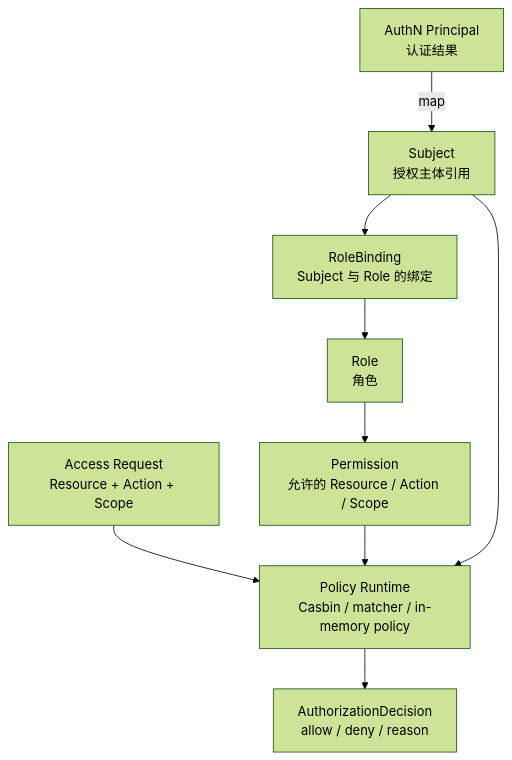
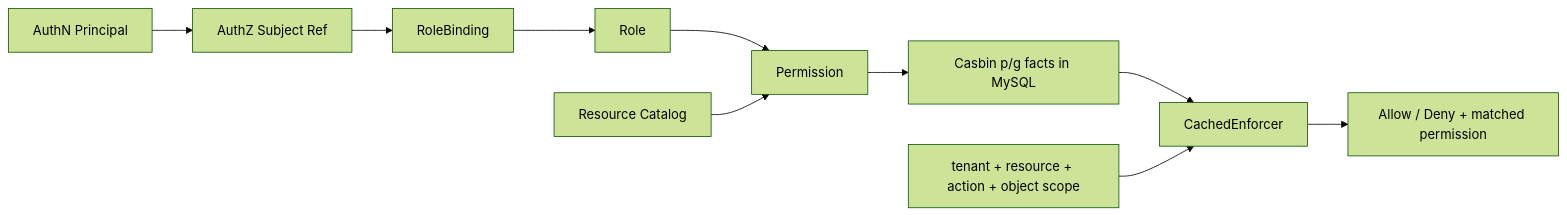
Before and after one commit to FangcunMount/iam: the diagram in docs/02-业务模块/03-AuthZ/00-模块总览.md, drawn with Mermaid (forest theme). The commit also changed other lines of this file and 126 other files, not shown here.

````diff
--- a/docs/02-业务模块/03-AuthZ/00-模块总览.md
+++ b/docs/02-业务模块/03-AuthZ/00-模块总览.md
@@ -88,20 +29,12 @@
 ```mermaid
-flowchart TD
-    Principal["AuthN Principal\n认证结果"]
-    Subject["Subject\n授权主体引用"]
-    RB["RoleBinding\nSubject 与 Role 的绑定"]
-    Role["Role\n角色"]
-    Permission["Permission\n允许的 Resource / Action / Scope"]
-    Request["Access Request\nResource + Action + Scope"]
-    Runtime["Policy Runtime\nCasbin / matcher / in-memory policy"]
-    Decision["AuthorizationDecision\nallow / deny / reason"]
-
-    Principal -->|map| Subject
-    Subject --> RB
-    RB --> Role
-    Role --> Permission
-    Request --> Runtime
-    Permission --> Runtime
-    Subject --> Runtime
-    Runtime --> Decision
+flowchart LR
+    Principal["AuthN Principal"] --> Subject["AuthZ Subject Ref"]
+    Subject --> Binding["RoleBinding"]
+    Binding --> Role["Role"]
+    Role --> Permission["Permission"]
+    Resource["Resource Catalog"] --> Permission
+    Permission --> Facts["Casbin p/g facts in MySQL"]
+    Facts --> Runtime["CachedEnforcer"]
+    Request["tenant + resource + action + object scope"] --> Runtime
+    Runtime --> Decision["Allow / Deny + matched permission"]
 ```
````
